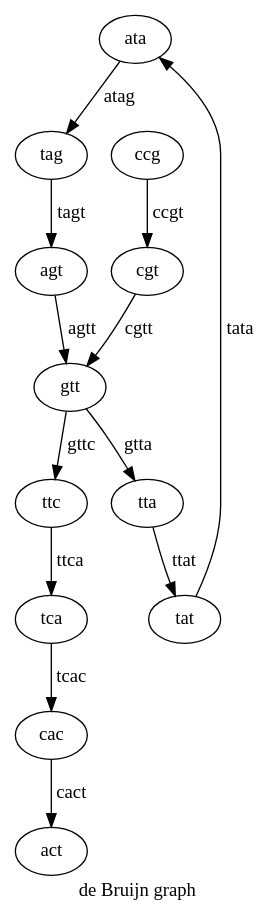
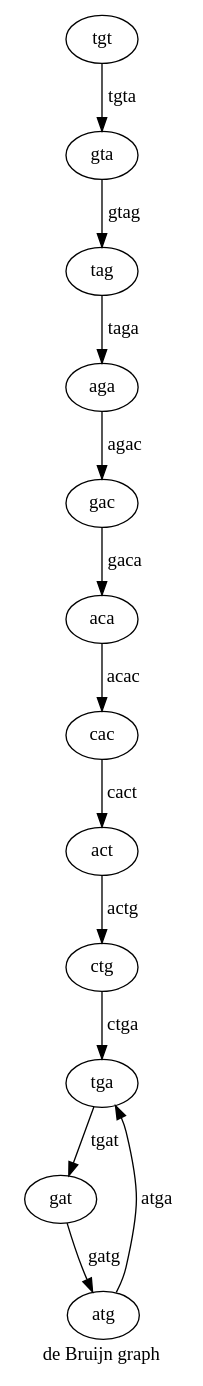
One commit to fsigs/nmsu-cs516-bioinformatics-project changed the diagram in ps02/python/deBruijn.dot. Above: the diagram before and after it, drawn with Graphviz. The commit also changed 15 other files, not shown here.

```diff
--- a/ps02/python/deBruijn.dot
+++ b/ps02/python/deBruijn.dot
@@ -1,15 +1,15 @@
 digraph {
 label="de Bruijn graph"
-ata->tag[label=atag];
-tag->agt[label=tagt];
-tta->tat[label=ttat];
-tat->ata[label=tata];
-ttc->tca[label=ttca];
-tca->cac[label=tcac];
-ccg->cgt[label=ccgt];
-cgt->gtt[label=cgtt];
-gtt->ttc[label=gttc];
-gtt->tta[label=gtta];
+ctg->tga[label=ctga];
+tga->gat[label=tgat];
+gac->aca[label=gaca];
+aca->cac[label=acac];
+atg->tga[label=atga];
+gta->tag[label=gtag];
+tag->aga[label=taga];
+gat->atg[label=gatg];
 cac->act[label=cact];
-agt->gtt[label=agtt];
+tgt->gta[label=tgta];
+aga->gac[label=agac];
+act->ctg[label=actg];
 }
```
